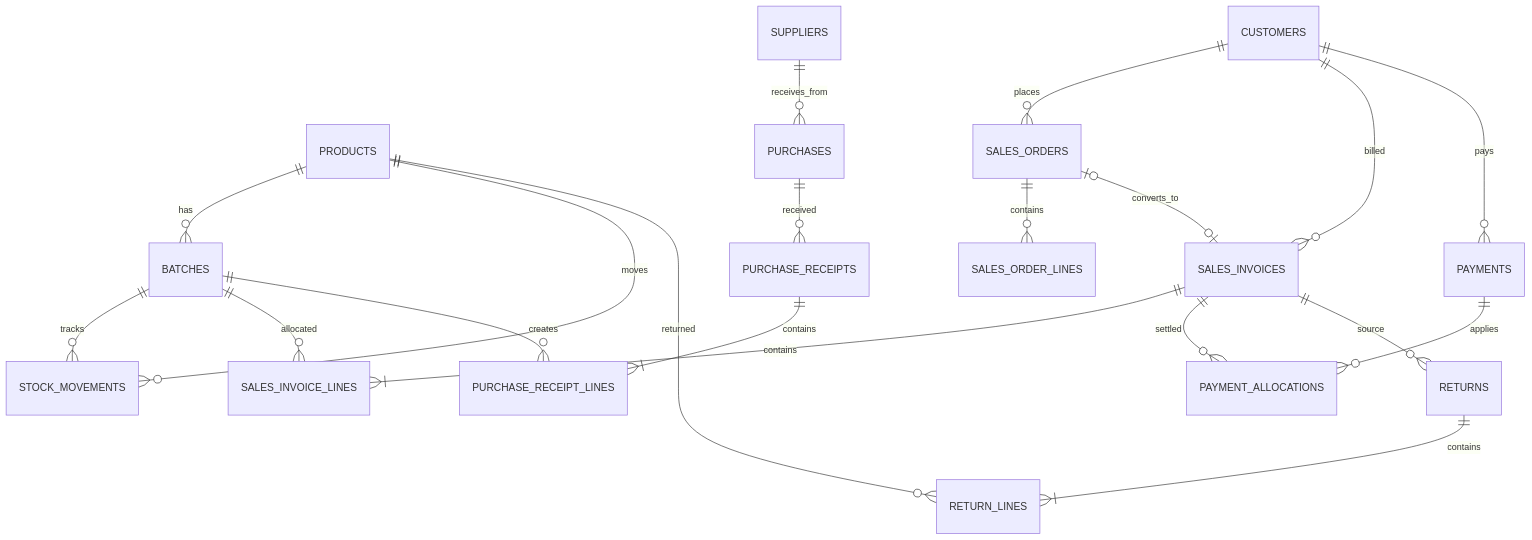
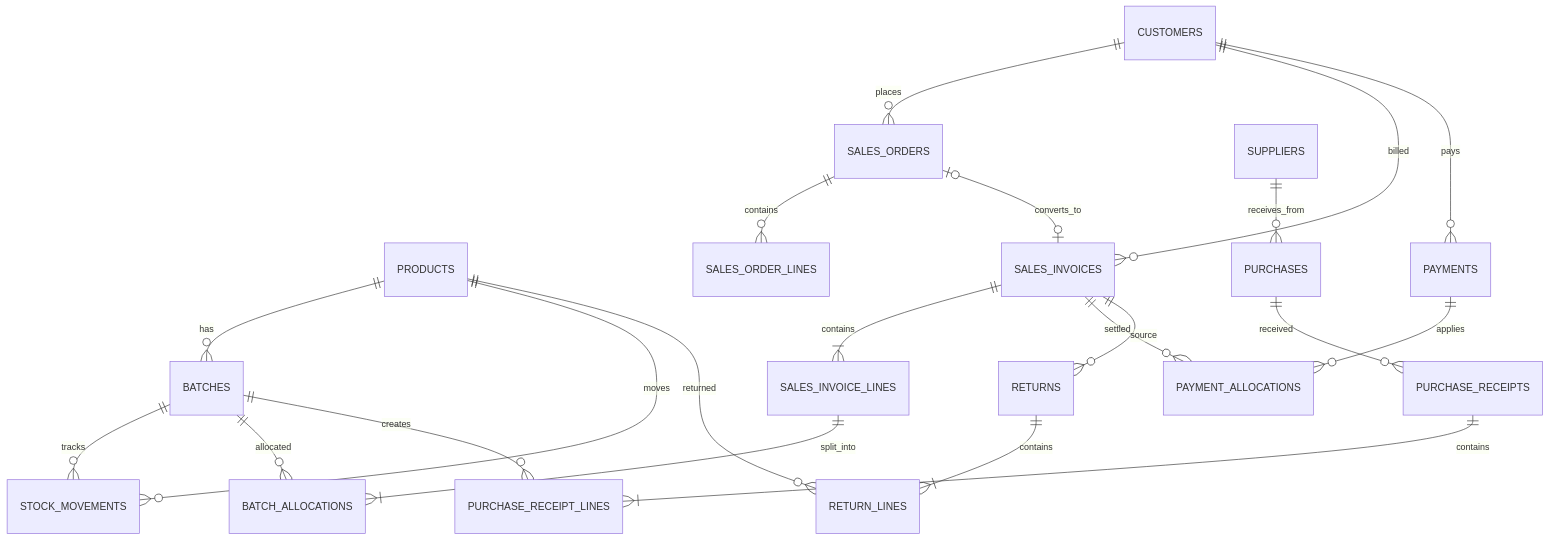
Before and after one commit to el3laimy/genocare-pharma: the diagram in docs/DATABASE_DESIGN.md, drawn with Mermaid. The commit also changed other lines of this file and 26 other files, not shown here.

````diff
--- a/docs/DATABASE_DESIGN.md
+++ b/docs/DATABASE_DESIGN.md
@@ -26,22 +27,23 @@
 ```mermaid
 erDiagram
   PRODUCTS ||--o{ BATCHES : has
   PRODUCTS ||--o{ STOCK_MOVEMENTS : moves
   BATCHES ||--o{ STOCK_MOVEMENTS : tracks
   CUSTOMERS ||--o{ SALES_ORDERS : places
   SALES_ORDERS ||--o{ SALES_ORDER_LINES : contains
   SALES_ORDERS o|--o| SALES_INVOICES : converts_to
   CUSTOMERS ||--o{ SALES_INVOICES : billed
   SALES_INVOICES ||--|{ SALES_INVOICE_LINES : contains
-  BATCHES ||--o{ SALES_INVOICE_LINES : allocated
+  SALES_INVOICE_LINES ||--|{ BATCH_ALLOCATIONS : split_into
+  BATCHES ||--o{ BATCH_ALLOCATIONS : allocated
   SUPPLIERS ||--o{ PURCHASES : receives_from
   PURCHASES ||--o{ PURCHASE_RECEIPTS : received
   PURCHASE_RECEIPTS ||--|{ PURCHASE_RECEIPT_LINES : contains
   BATCHES ||--o{ PURCHASE_RECEIPT_LINES : creates
   CUSTOMERS ||--o{ PAYMENTS : pays
   PAYMENTS ||--o{ PAYMENT_ALLOCATIONS : applies
   SALES_INVOICES ||--o{ PAYMENT_ALLOCATIONS : settled
   SALES_INVOICES ||--o{ RETURNS : source
   RETURNS ||--|{ RETURN_LINES : contains
   PRODUCTS ||--o{ RETURN_LINES : returned
 ```
````
